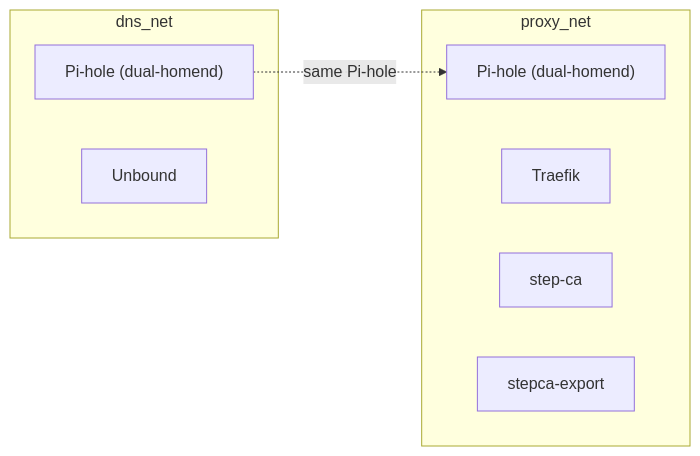
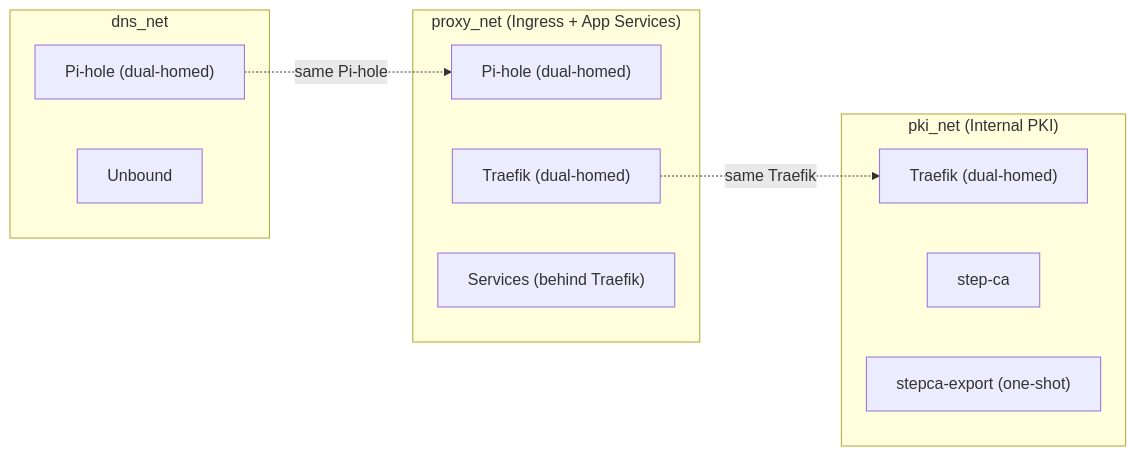
Before and after one commit to Jannis510/homelab-infrastructure: the second of 2 diagrams in README.md, drawn with Mermaid. The commit also changed other lines of this file and 2 other files, not shown here.

Commit message:
chore(security): network segmentation for stepca

````diff
--- a/README.md
+++ b/README.md
@@ -152,17 +152,23 @@
 ```mermaid
 flowchart LR
 
   subgraph dns_net["dns_net"]
-    PiHoleDNS["Pi-hole (dual-homend)"]
+    PiHoleDNS["Pi-hole (dual-homed)"]
     Unbound["Unbound"]
   end
 
-  subgraph proxy_net["proxy_net"]
-    PiHoleWEB["Pi-hole (dual-homend)"]
-    Traefik["Traefik"]
+  subgraph proxy_net["proxy_net (Ingress + App Services)"]
+    PiHoleWEB["Pi-hole (dual-homed)"]
+    TraefikProxy["Traefik (dual-homed)"]
+    FutureSvc["Services (behind Traefik)"]
+  end
+
+  subgraph pki_net["pki_net (Internal PKI)"]
+    TraefikPKI["Traefik (dual-homed)"]
     StepCA["step-ca"]
-    Export["stepca-export"]
+    Export["stepca-export (one-shot)"]
   end
 
   PiHoleDNS -.->|same Pi-hole| PiHoleWEB
+  TraefikProxy -.->|same Traefik| TraefikPKI
 ```
````
